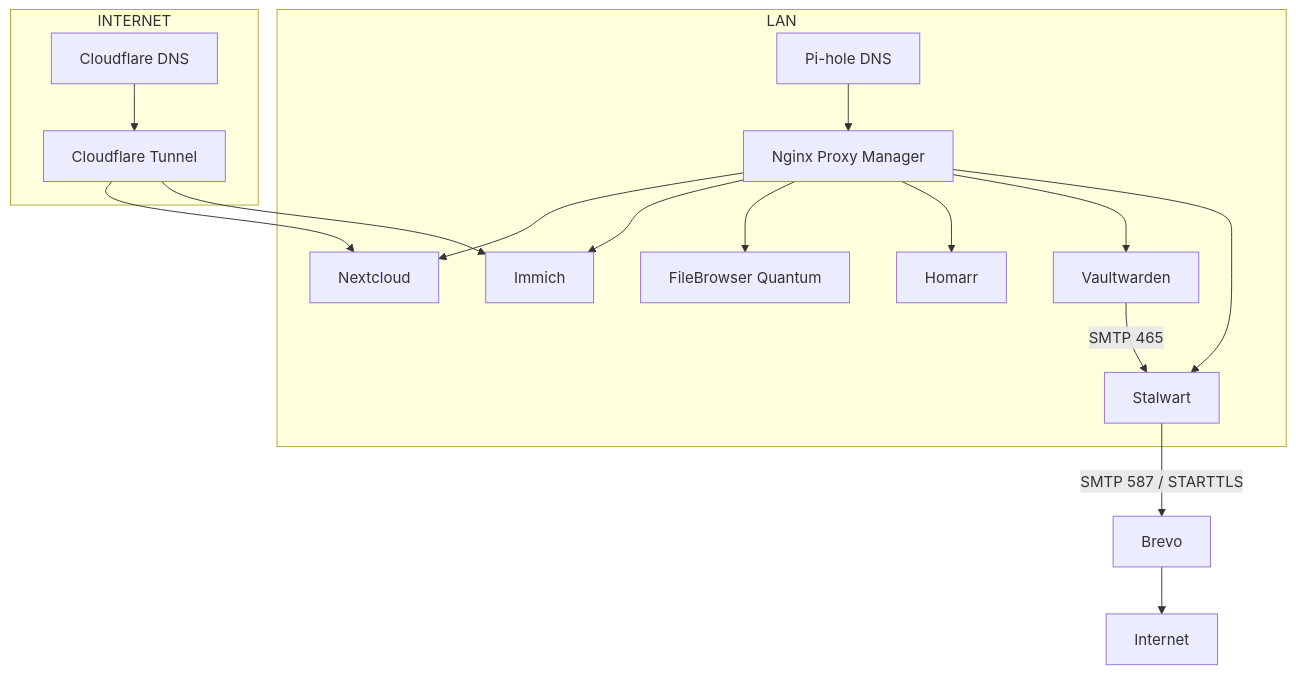
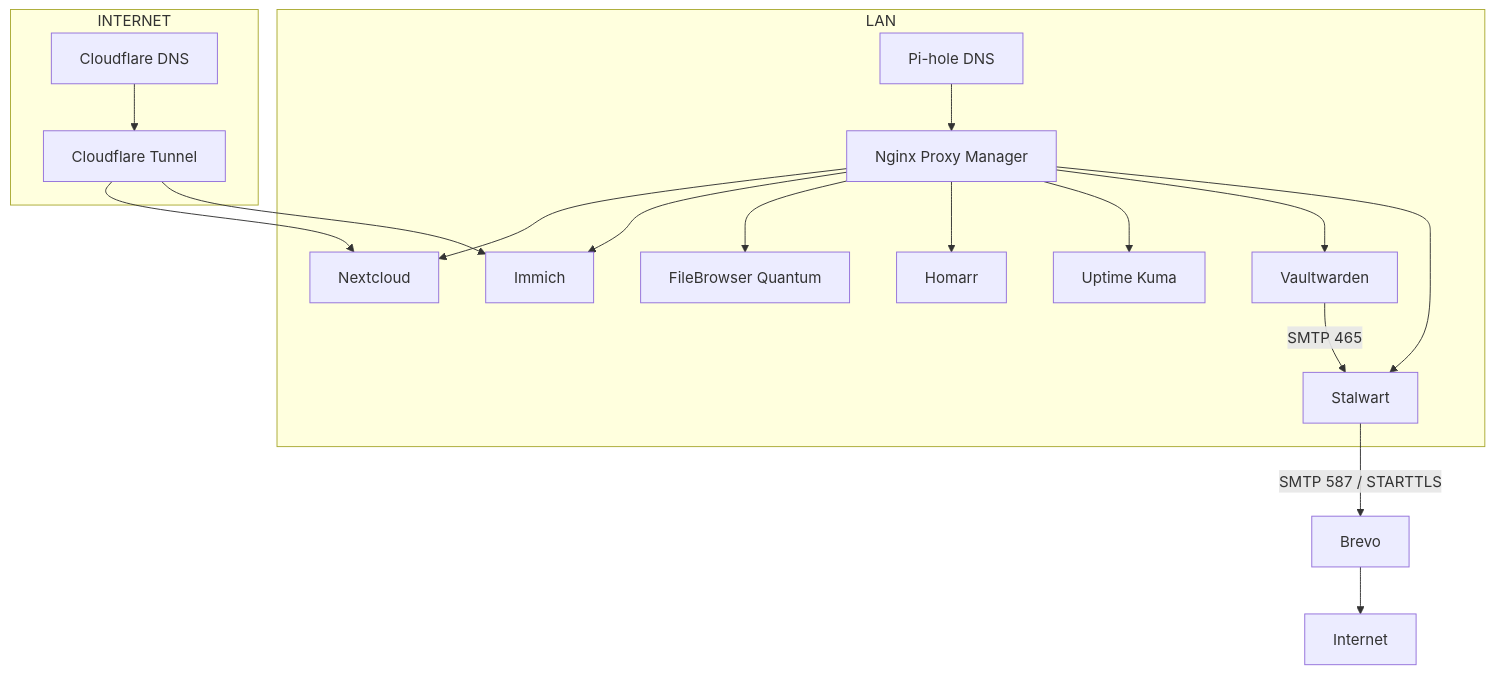
One commit to CharlieMaddox/homelab changed the sixth of 6 diagrams in docs/arquitectura_homelab_mdxlab_activa.md. Above: the diagram before and after it, drawn with Mermaid. The commit also changed other lines of this file and 1 other file, not shown here.

Commit message:
se agrega uptime a la documentacion

````diff
--- a/docs/arquitectura_homelab_mdxlab_activa.md
+++ b/docs/arquitectura_homelab_mdxlab_activa.md
@@ -386,22 +408,23 @@
 ```mermaid
 flowchart TB
     subgraph LAN
         pihole[Pi-hole DNS] --> npm[Nginx Proxy Manager]
         npm --> nextcloud[Nextcloud]
         npm --> immich[Immich]
         npm --> filebrowser[FileBrowser Quantum]
         npm --> homarr[Homarr]
+        npm --> uptime_kuma[Uptime Kuma]
         npm --> vaultwarden[Vaultwarden]
         npm --> stalwart[Stalwart]
     end
 
     subgraph INTERNET
         cloudflare_dns[Cloudflare DNS] --> tunnel[Cloudflare Tunnel]
         tunnel --> nextcloud
         tunnel --> immich
     end
 
     vaultwarden -->|SMTP 465| stalwart
     stalwart -->|SMTP 587 / STARTTLS| brevo[Brevo]
     brevo --> internet[Internet]
 ```
````
